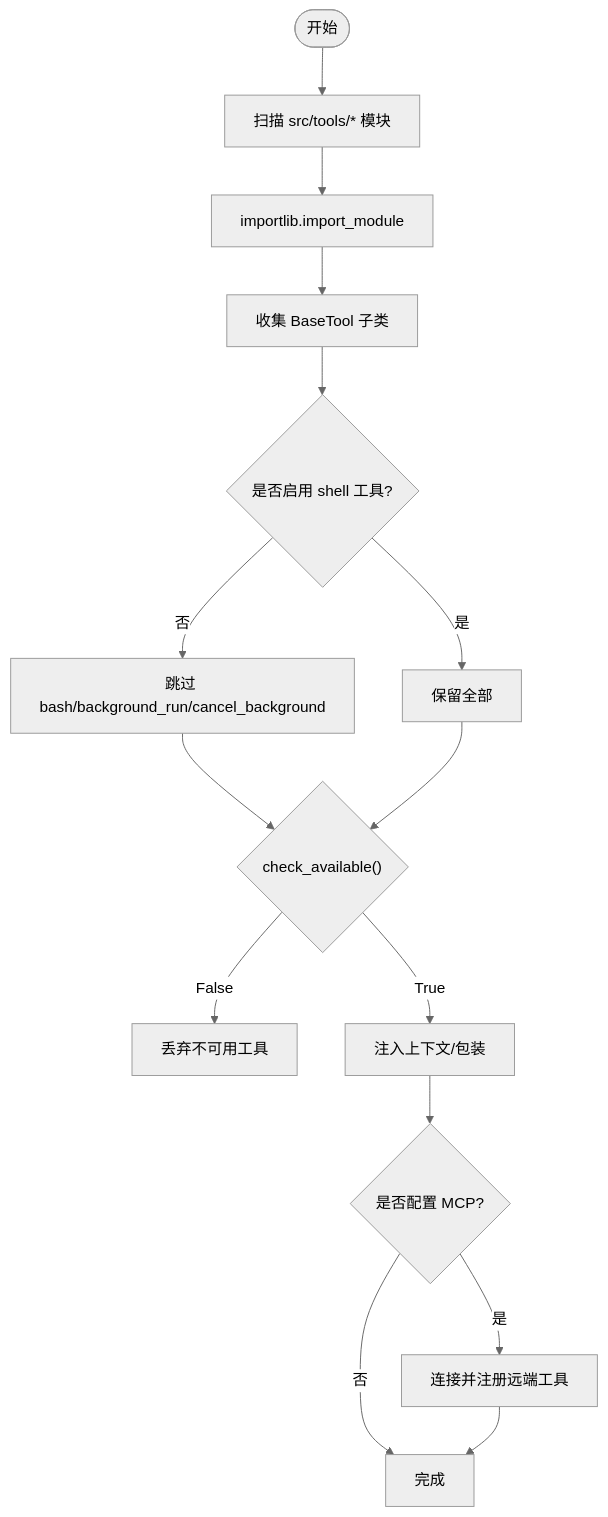
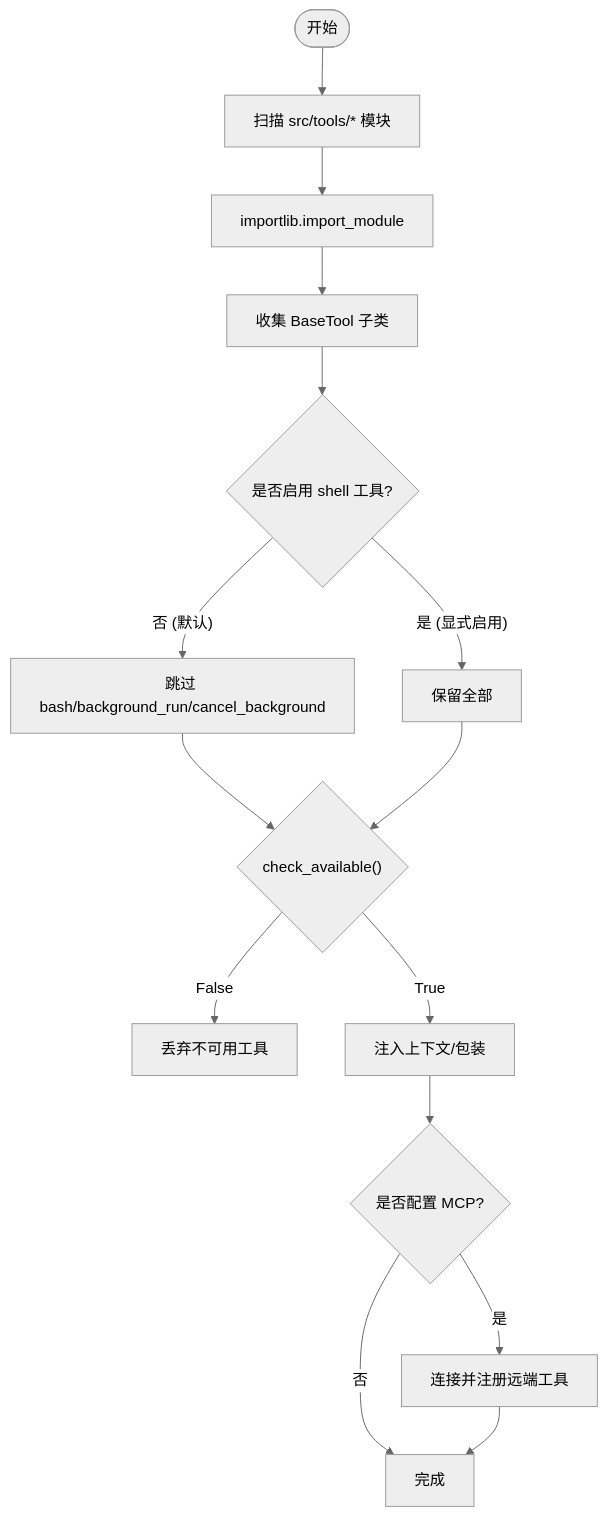
The fourth of 6 diagrams in .qoder/repowiki/zh/content/架构设计/核心组件/工具注册系统/工具注册系统.md (20012002er/Vibe-Trading), drawn with Mermaid (neutral theme) before and after one commit. The commit also changed other lines of this file and 6 other files, not shown here.

````diff
--- a/.qoder/repowiki/zh/content/架构设计/核心组件/工具注册系统/工具注册系统.md
+++ b/.qoder/repowiki/zh/content/架构设计/核心组件/工具注册系统/工具注册系统.md
@@ -154,17 +175,17 @@
 ```mermaid
 flowchart TD
 Start(["开始"]) --> Scan["扫描 src/tools/* 模块"]
 Scan --> Import["importlib.import_module"]
 Import --> Collect["收集 BaseTool 子类"]
 Collect --> Filter{"是否启用 shell 工具?"}
-Filter -- 否 --> SkipShell["跳过 bash/background_run/cancel_background"]
-Filter -- 是 --> KeepAll["保留全部"]
+Filter -- 否 (默认) --> SkipShell["跳过 bash/background_run/cancel_background"]
+Filter -- 是 (显式启用) --> KeepAll["保留全部"]
 SkipShell --> Avail{"check_available()"}
 KeepAll --> Avail
 Avail -- False --> Drop["丢弃不可用工具"]
 Avail -- True --> Inject["注入上下文/包装"]
 Inject --> MCP{"是否配置 MCP?"}
 MCP -- 是 --> AddMCP["连接并注册远端工具"]
 MCP -- 否 --> Done["完成"]
 AddMCP --> Done
 ```
````
